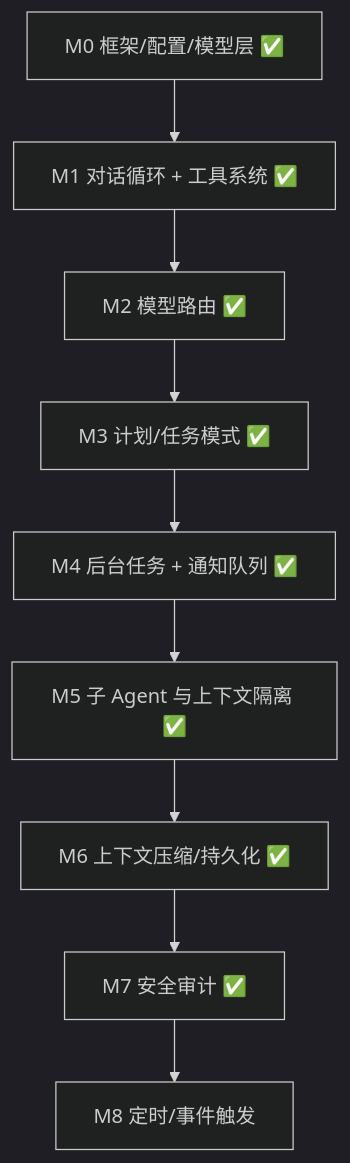
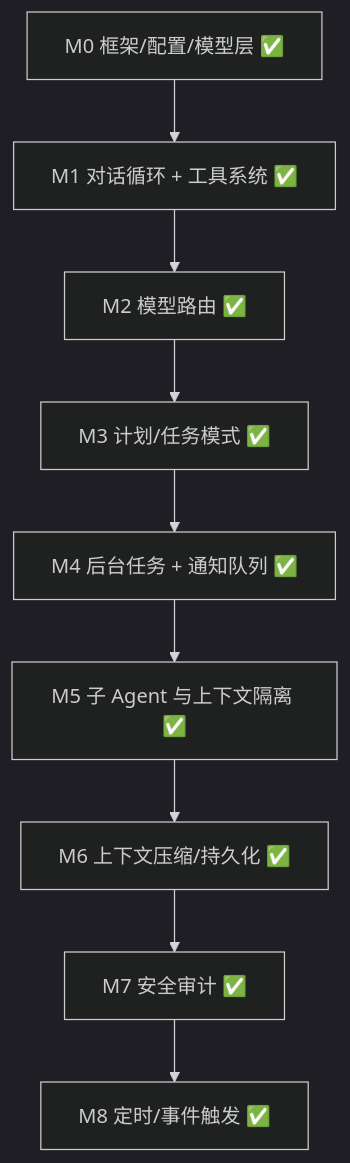
One commit to Atikou/AgentRelay changed the fourth of 4 diagrams in docs/项目整体架构.md. Above: the diagram before and after it, drawn with Mermaid (dark theme). The commit also changed other lines of this file and 148 other files, not shown here.

````diff
--- a/docs/项目整体架构.md
+++ b/docs/项目整体架构.md
@@ -238,11 +273,11 @@
 ```mermaid
 flowchart TD
     M0["M0 框架/配置/模型层 ✅"] --> M1["M1 对话循环 + 工具系统 ✅"]
     M1 --> M2["M2 模型路由 ✅"]
     M2 --> M3["M3 计划/任务模式 ✅"]
     M3 --> M4["M4 后台任务 + 通知队列 ✅"]
     M4 --> M5["M5 子 Agent 与上下文隔离 ✅"]
     M5 --> M6["M6 上下文压缩/持久化 ✅"]
     M6 --> M7["M7 安全审计 ✅"]
-    M7 --> M8["M8 定时/事件触发"]
+    M7 --> M8["M8 定时/事件触发 ✅"]
 ```
````
